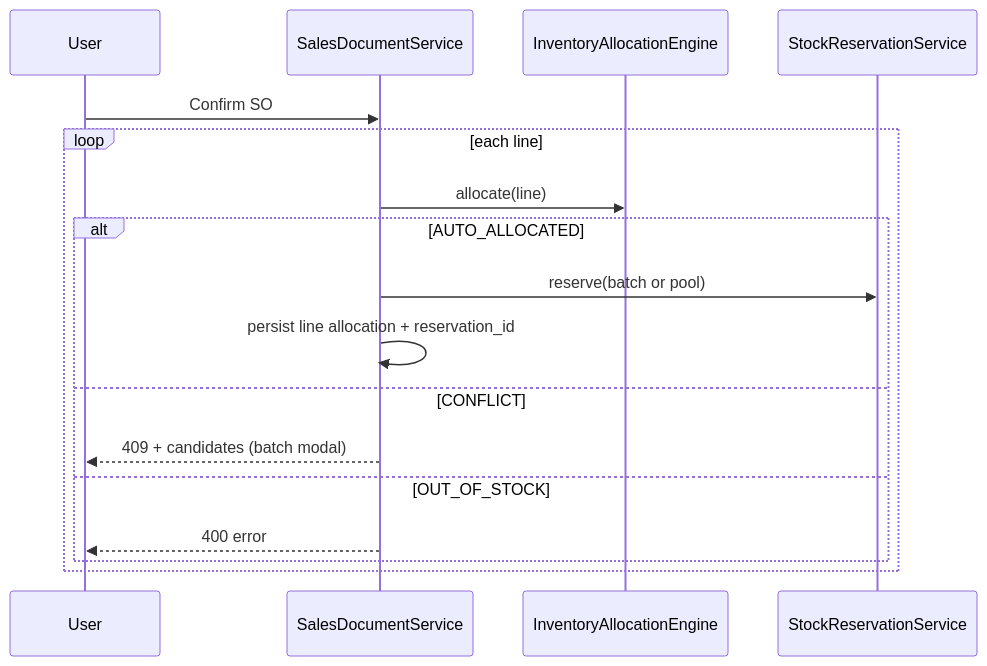
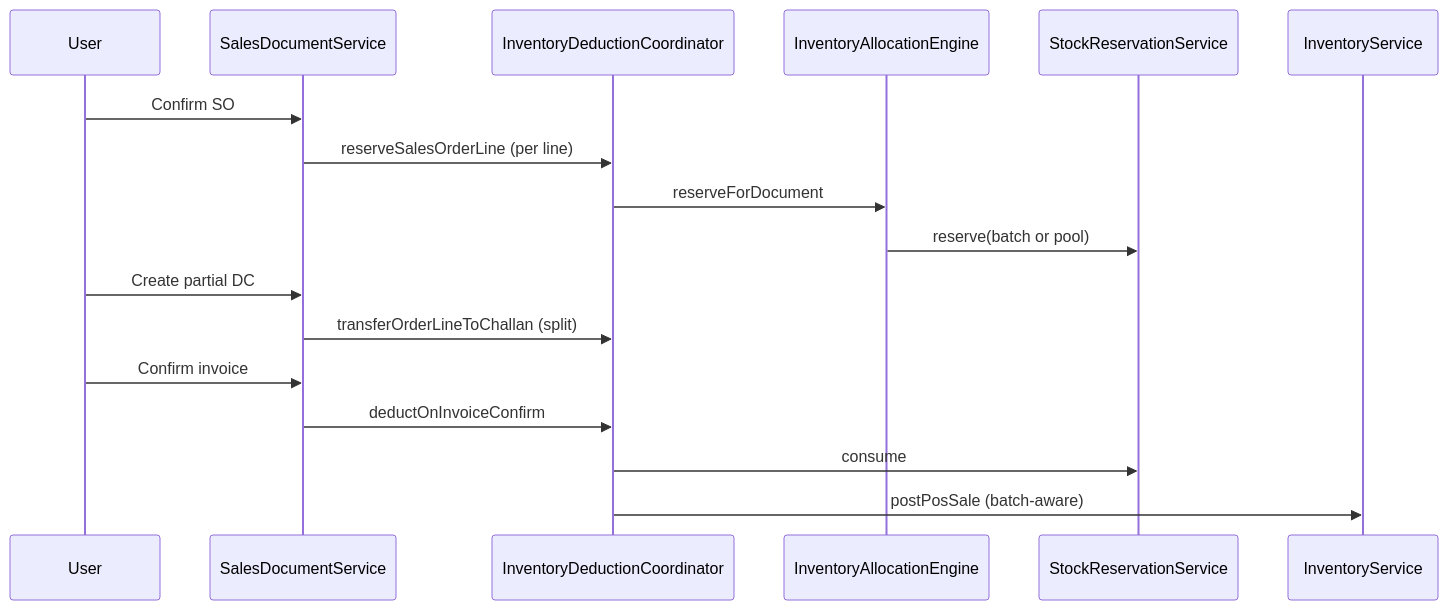
Before and after one commit to defector221/FlowLedgerAPI: the diagram in docs/inventory-allocation-phase2.md, drawn with Mermaid. The commit also changed other lines of this file and 147 other files, not shown here.

````diff
--- a/docs/inventory-allocation-phase2.md
+++ b/docs/inventory-allocation-phase2.md
@@ -169,20 +91,22 @@
 ```mermaid
 sequenceDiagram
     participant User
     participant SO as SalesDocumentService
+    participant Coord as InventoryDeductionCoordinator
     participant Engine as InventoryAllocationEngine
     participant Res as StockReservationService
+    participant Inv as InventoryService
 
     User->>SO: Confirm SO
-    loop each line
-        SO->>Engine: allocate(line)
-        alt AUTO_ALLOCATED
-            SO->>Res: reserve(batch or pool)
-            SO->>SO: persist line allocation + reservation_id
-        else CONFLICT
-            SO-->>User: 409 + candidates (batch modal)
-        else OUT_OF_STOCK
-            SO-->>User: 400 error
-        end
-    end
+    SO->>Coord: reserveSalesOrderLine (per line)
+    Coord->>Engine: reserveForDocument
+    Engine->>Res: reserve(batch or pool)
+
+    User->>SO: Create partial DC
+    SO->>Coord: transferOrderLineToChallan (split)
+
+    User->>SO: Confirm invoice
+    SO->>Coord: deductOnInvoiceConfirm
+    Coord->>Res: consume
+    Coord->>Inv: postPosSale (batch-aware)
 ```
````
